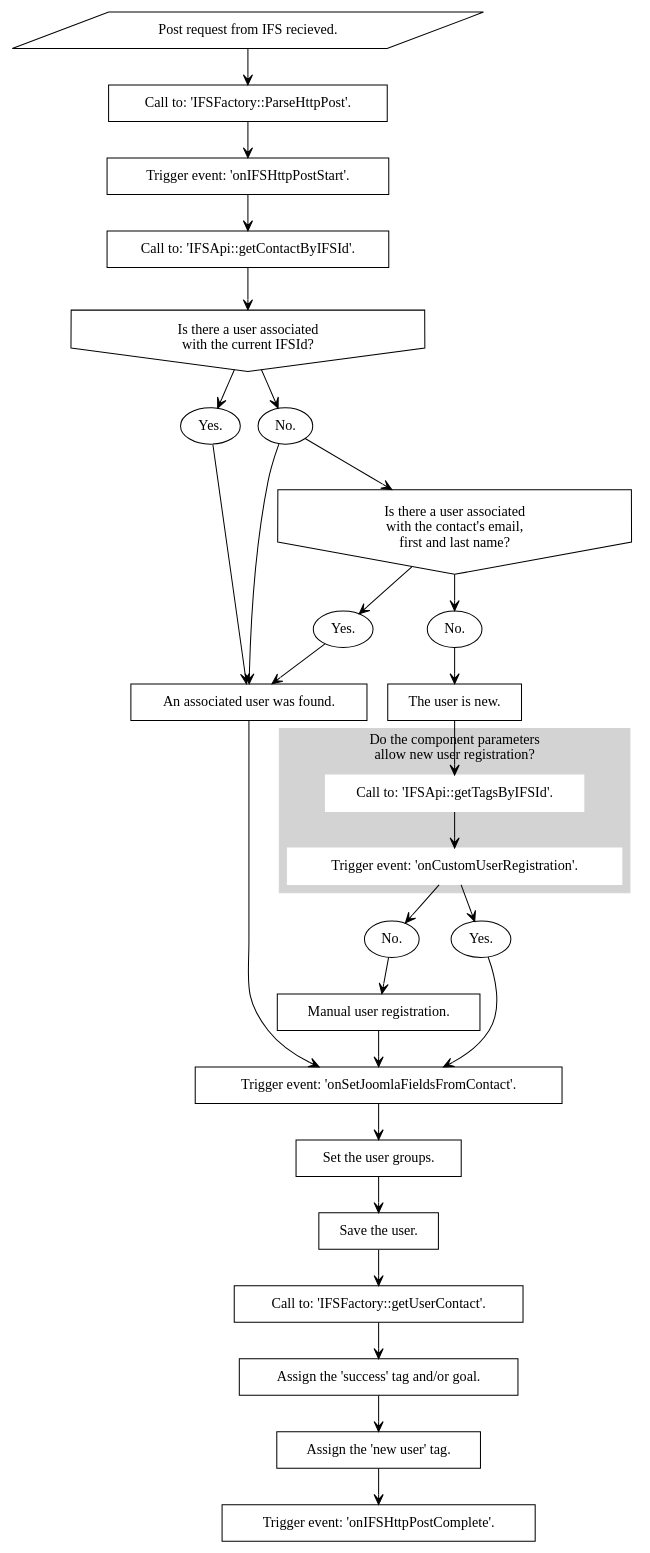
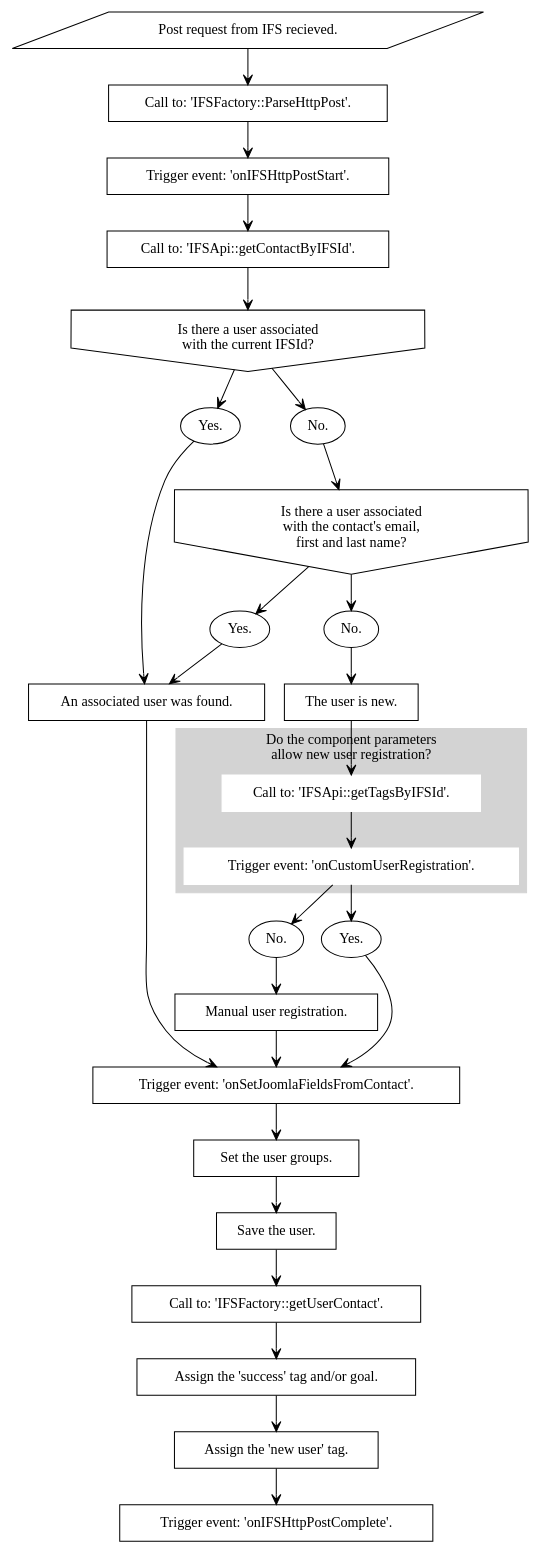
The diagram in docs/procedures/register_user.rst (treste91/JoomFuse), drawn with Graphviz before and after one commit.

```diff
--- a/docs/procedures/register_user.rst
+++ b/docs/procedures/register_user.rst
@@ -4,66 +4,65 @@
 .. graphviz::
 
    digraph {
    
       0 [label="Post request from IFS recieved." shape=parallelogram]
       1 [label="Call to: 'IFSFactory::ParseHttpPost'." shape=rectangle]
       2 [label="Trigger event: 'onIFSHttpPostStart'."URL="https://joomfuse.readthedocs.io/en/latest/events/joomfuse_events.html#onifshttppoststart" shape=rectangle]
       3 [label="Call to: 'IFSApi::getContactByIFSId'." shape=rectangle]
       4 [label="Is there a user associated\n with the current IFSId?" shape=invhouse]
       5 [label="Yes." shape=oval]
       6 [label="No." shape=oval]
       7 [label="Is there a user associated\n with the contact's email,\n first and last name?" shape=invhouse]
       8 [label="Yes." shape=oval]
       9 [label="An associated user was found." shape=rectangle]
       10 [label="No." shape=oval]
       11 [label="The user is new." shape=rectangle]
       
       subgraph cluster_1 {
          style=filled;
          color=lightgrey;
 	 node [style=filled,color=white];
          label="Do the component parameters\n allow new user registration?"
          12 [label="Call to: 'IFSApi::getTagsByIFSId'." shape=rectangle]
          13 [label="Trigger event: 'onCustomUserRegistration'." URL="https://joomfuse.readthedocs.io/en/latest/events/joomfuse_events.html#oncustomuserregistration" shape=rectangle]
       }
       
       14 [label="Yes." shape=oval]
       15 [label="No." shape=oval]
       16 [label="Manual user registration." shape=rectangle]
       17 [label="Trigger event: 'onSetJoomlaFieldsFromContact'." URL="https://joomfuse.readthedocs.io/en/latest/events/joomfuse_events.html#onsetjoomlafieldsfromcontact" shape=rectangle]
       18 [label="Set the user groups." shape=rectangle]
       19 [label="Save the user." shape=rectangle]
       20 [label="Call to: 'IFSFactory::getUserContact'." shape=rectangle]
       21 [label="Assign the 'success' tag and/or goal." shape=rectangle]
       22 [label="Assign the 'new user' tag." shape=rectangle]
       23 [label="Trigger event: 'onIFSHttpPostComplete'." URL="https://joomfuse.readthedocs.io/en/latest/events/joomfuse_events.html#onifshttppostcomplete" shape=rectangle]
       
       
       0 -> 1 [arrowhead=vee arrowsize=1]
       1 -> 2 [arrowhead=vee arrowsize=1]
       2 -> 3 [arrowhead=vee arrowsize=1]
       3 -> 4 [arrowhead=vee arrowsize=1]
       4 -> 5 [arrowhead=vee arrowsize=1]
       4 -> 6 [arrowhead=vee arrowsize=1]
       6 -> 7 [arrowhead=vee arrowsize=1]
       7 -> 8 [arrowhead=vee arrowsize=1]
       8 -> 9 [arrowhead=vee arrowsize=1]
       5 -> 9 [arrowhead=vee arrowsize=1]
-      6 -> 9 [arrowhead=vee arrowsize=1]
       7 -> 10 [arrowhead=vee arrowsize=1]
       10 -> 11 [arrowhead=vee arrowsize=1]
       11 -> 12 [arrowhead=vee arrowsize=1]
       12 -> 13 [arrowhead=vee arrowsize=1]
       13 -> 14 [arrowhead=vee arrowsize=1]
       13 -> 15 [arrowhead=vee arrowsize=1]
       15 -> 16 [arrowhead=vee arrowsize=1]
       16 -> 17 [arrowhead=vee arrowsize=1]
       14 -> 17 [arrowhead=vee arrowsize=1]
       9 -> 17 [arrowhead=vee arrowsize=1]
       17 -> 18 [arrowhead=vee arrowsize=1]
       18 -> 19 [arrowhead=vee arrowsize=1]
       19 -> 20 [arrowhead=vee arrowsize=1]
       20 -> 21 [arrowhead=vee arrowsize=1]
       21 -> 22 [arrowhead=vee arrowsize=1]
       22 -> 23 [arrowhead=vee arrowsize=1]
    }
```
